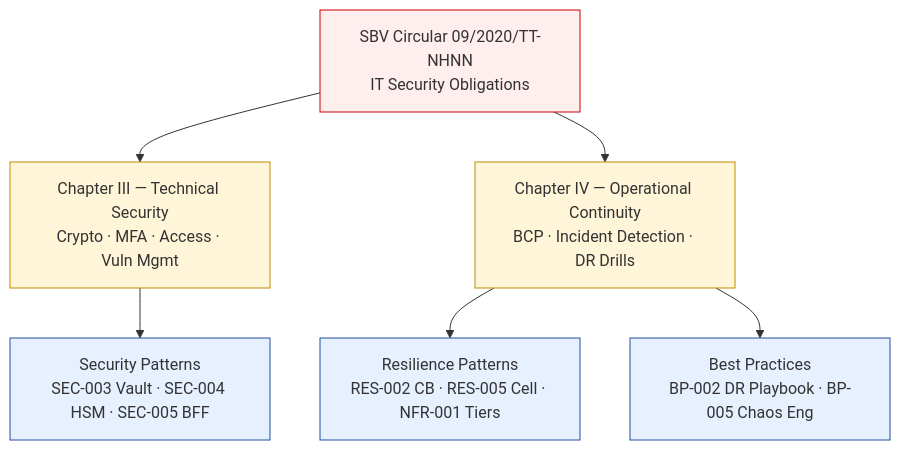
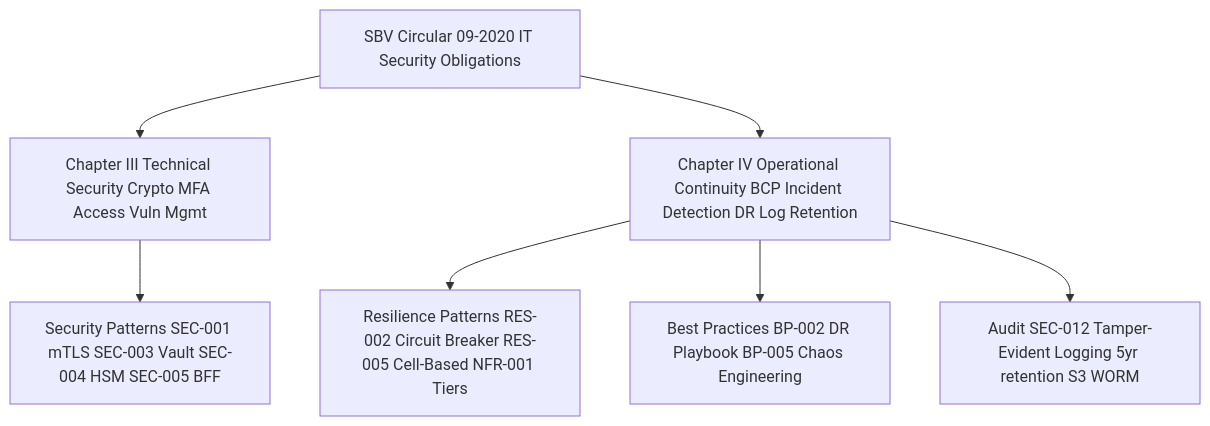
One commit to simbataisa/arch-as-code changed the diagram in knowledge-base/compliance/sbv-circular-09-2020.md. Above: the diagram before and after it, drawn with Mermaid. The commit also changed other lines of this file, not shown here.

Commit message:
feat(catalog): COMP-002 SBV Circular 09/2020 Deep Dive — Wave 5D

````diff
--- a/knowledge-base/compliance/sbv-circular-09-2020.md
+++ b/knowledge-base/compliance/sbv-circular-09-2020.md
@@ -17,18 +24,9 @@
 ```mermaid
-graph TD
-    Reg["SBV Circular 09/2020/TT-NHNN<br/>IT Security Obligations"]
-    CH3["Chapter III — Technical Security<br/>Crypto · MFA · Access · Vuln Mgmt"]
-    CH4["Chapter IV — Operational Continuity<br/>BCP · Incident Detection · DR Drills"]
-    SEC["Security Patterns<br/>SEC-003 Vault · SEC-004 HSM · SEC-005 BFF"]
-    RES["Resilience Patterns<br/>RES-002 CB · RES-005 Cell · NFR-001 Tiers"]
-    BP["Best Practices<br/>BP-002 DR Playbook · BP-005 Chaos Eng"]
-    Reg --> CH3 & CH4
-    CH3 --> SEC
-    CH4 --> RES & BP
-    classDef reg fill:#fee,stroke:#c00
-    classDef chapter fill:#fff5d8,stroke:#c08c00
-    classDef catalog fill:#e7f0ff,stroke:#2050a0
-    class Reg reg
-    class CH3,CH4 chapter
-    class SEC,RES,BP catalog
+flowchart TD
+    Reg[SBV Circular 09-2020 IT Security Obligations] --> CH3[Chapter III Technical Security Crypto MFA Access Vuln Mgmt]
+    Reg --> CH4[Chapter IV Operational Continuity BCP Incident Detection DR Log Retention]
+    CH3 --> SEC[Security Patterns SEC-001 mTLS SEC-003 Vault SEC-004 HSM SEC-005 BFF]
+    CH4 --> RES[Resilience Patterns RES-002 Circuit Breaker RES-005 Cell-Based NFR-001 Tiers]
+    CH4 --> BP[Best Practices BP-002 DR Playbook BP-005 Chaos Engineering]
+    CH4 --> AUD[Audit SEC-012 Tamper-Evident Logging 5yr retention S3 WORM]
 ```
````
